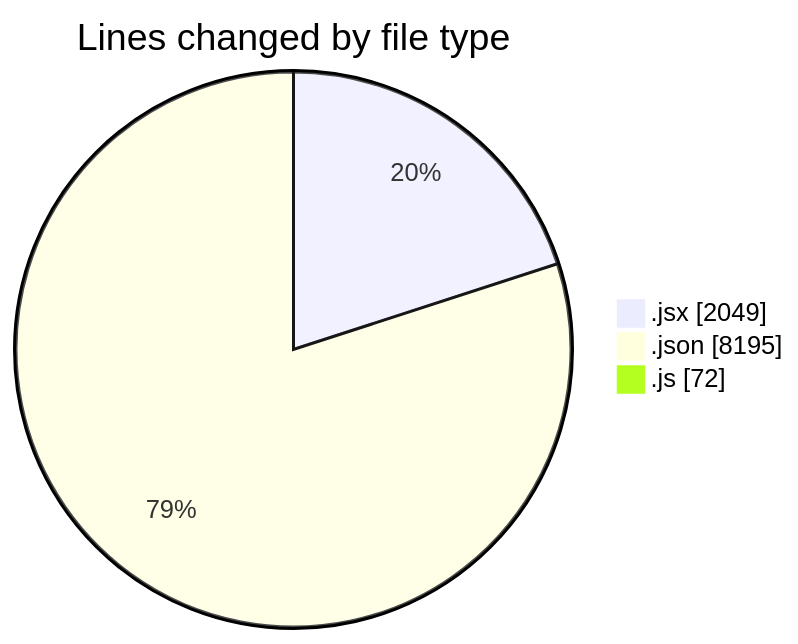
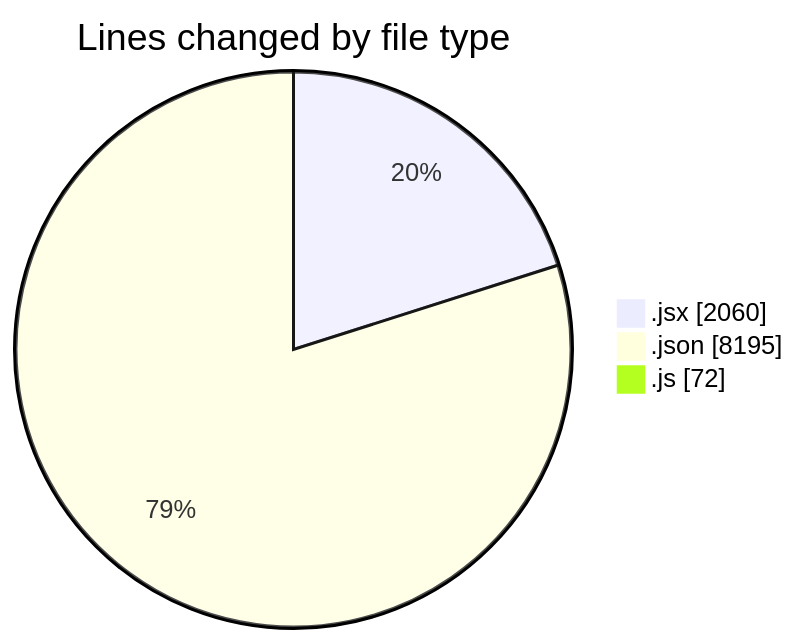
Before and after one commit to nxtqubesakshisongat/code-tracking: the first of 2 diagrams in 2025-12-23/nxtqube_webapp/README.md, drawn with Mermaid. The commit also changed other lines of this file and 1 other file, not shown here.

````diff
--- a/2025-12-23/nxtqube_webapp/README.md
+++ b/2025-12-23/nxtqube_webapp/README.md
@@ -23,7 +23,7 @@
 ```mermaid
 pie showData
 title Lines changed by file type
-".jsx" : 2049
+".jsx" : 2060
 ".json" : 8195
 ".js" : 72
 ```
````
